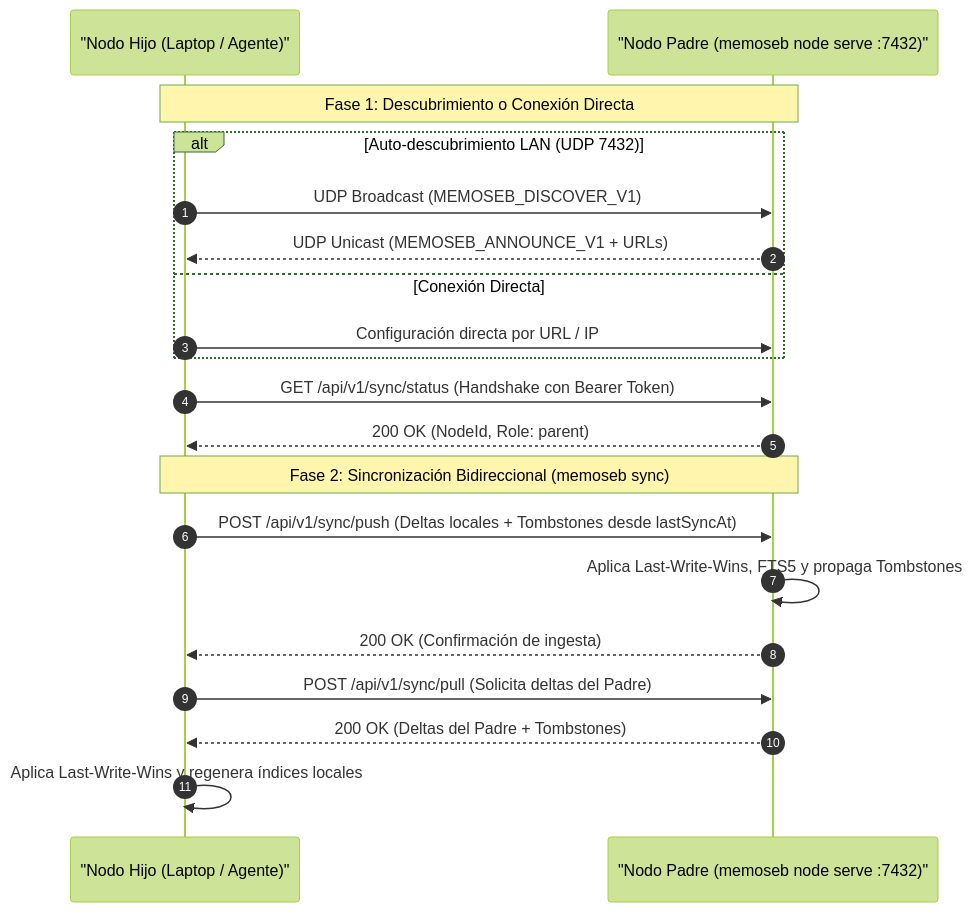
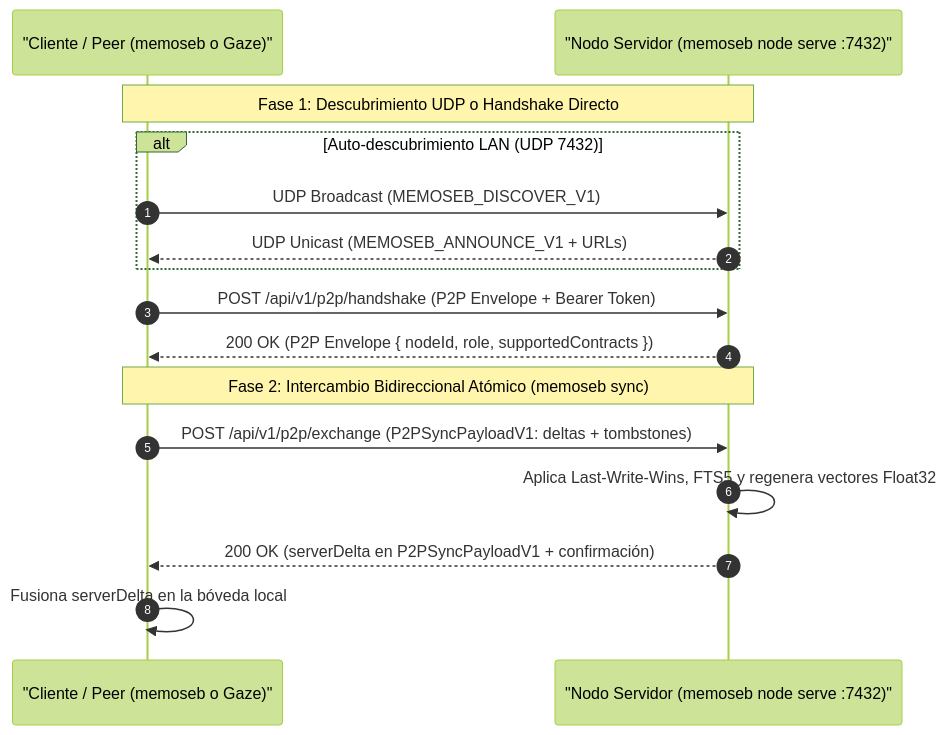
Before and after one commit to PahesebPJ/memoseb: the third of 3 diagrams in README.md, drawn with Mermaid (forest theme). The commit also changed other lines of this file and 2 other files, not shown here.

Commit message:
docs(p2p): add Gaze P2P memory contract specification and guides

````diff
--- a/README.md
+++ b/README.md
@@ -156,26 +174,21 @@
 ```mermaid
 sequenceDiagram
     autonumber
-    participant Child as "Nodo Hijo (Laptop / Agente)"
-    participant Parent as "Nodo Padre (memoseb node serve :7432)"
+    participant Client as "Cliente / Peer (memoseb o Gaze)"
+    participant Server as "Nodo Servidor (memoseb node serve :7432)"
 
-    Note over Child,Parent: Fase 1: Descubrimiento o Conexión Directa
+    Note over Client,Server: Fase 1: Descubrimiento UDP o Handshake Directo
     alt Auto-descubrimiento LAN (UDP 7432)
-        Child->>Parent: UDP Broadcast (MEMOSEB_DISCOVER_V1)
-        Parent-->>Child: UDP Unicast (MEMOSEB_ANNOUNCE_V1 + URLs)
-    else Conexión Directa
-        Child->>Parent: Configuración directa por URL / IP
+        Client->>Server: UDP Broadcast (MEMOSEB_DISCOVER_V1)
+        Server-->>Client: UDP Unicast (MEMOSEB_ANNOUNCE_V1 + URLs)
     end
 
-    Child->>Parent: GET /api/v1/sync/status (Handshake con Bearer Token)
-    Parent-->>Child: 200 OK (NodeId, Role: parent)
+    Client->>Server: POST /api/v1/p2p/handshake (P2P Envelope + Bearer Token)
+    Server-->>Client: 200 OK (P2P Envelope { nodeId, role, supportedContracts })
 
-    Note over Child,Parent: Fase 2: Sincronización Bidireccional (memoseb sync)
-    Child->>Parent: POST /api/v1/sync/push (Deltas locales + Tombstones desde lastSyncAt)
-    Parent->>Parent: Aplica Last-Write-Wins, FTS5 y propaga Tombstones
-    Parent-->>Child: 200 OK (Confirmación de ingesta)
-
-    Child->>Parent: POST /api/v1/sync/pull (Solicita deltas del Padre)
-    Parent-->>Child: 200 OK (Deltas del Padre + Tombstones)
-    Child->>Child: Aplica Last-Write-Wins y regenera índices locales
+    Note over Client,Server: Fase 2: Intercambio Bidireccional Atómico (memoseb sync)
+    Client->>Server: POST /api/v1/p2p/exchange (P2PSyncPayloadV1: deltas + tombstones)
+    Server->>Server: Aplica Last-Write-Wins, FTS5 y regenera vectores Float32
+    Server-->>Client: 200 OK (serverDelta en P2PSyncPayloadV1 + confirmación)
+    Client->>Client: Fusiona serverDelta en la bóveda local
 ```
````
